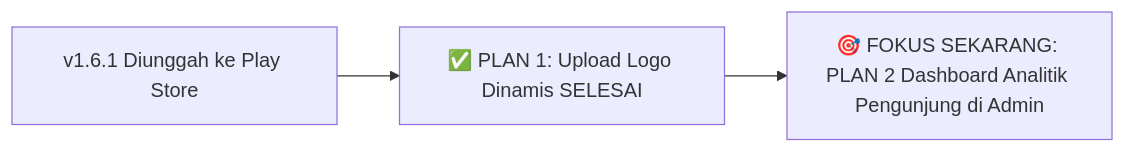
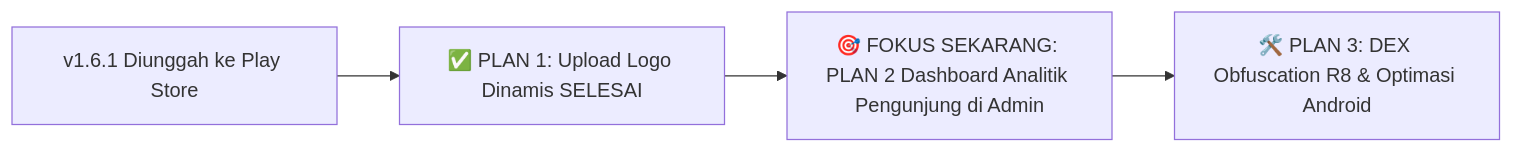
The diagram in PLAN.md (diskominfosandikonsel/konsel-setara), drawn with Mermaid before and after one commit. The commit also changed other lines of this file, not shown here.

Commit message:
docs: tambahkan PLAN 3 optimalisasi DEX obfuscation R8 Android

````diff
--- a/PLAN.md
+++ b/PLAN.md
@@ -19,5 +19,6 @@
 ```mermaid
 flowchart LR
     A[v1.6.1 Diunggah ke Play Store] --> B[✅ PLAN 1: Upload Logo Dinamis SELESAI]
     B --> C[🎯 FOKUS SEKARANG: PLAN 2 Dashboard Analitik Pengunjung di Admin]
+    C --> D[🛠️ PLAN 3: DEX Obfuscation R8 & Optimasi Android]
 ```
````
